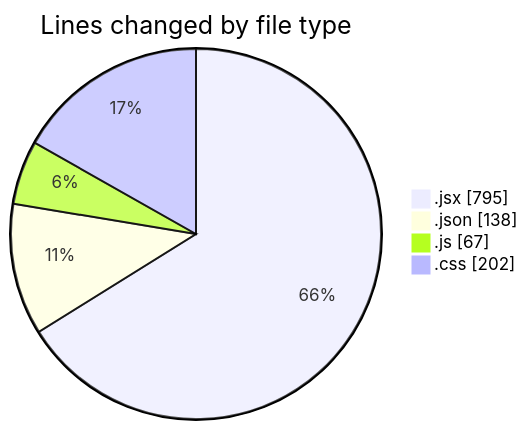
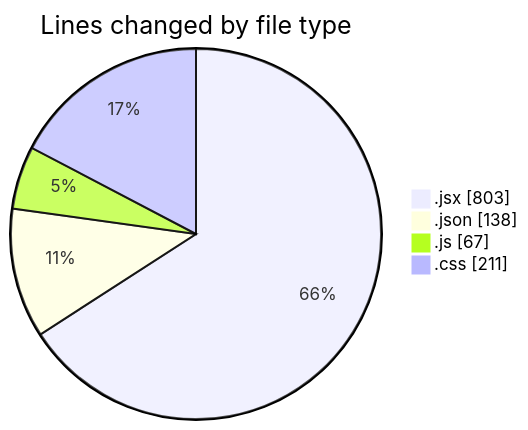
One commit to BS-eng2023/code-tracking changed the first of 2 diagrams in 2025-05-04/project/README.md. Above: the diagram before and after it, drawn with Mermaid. The commit also changed other lines of this file and 1 other file, not shown here.

````diff
--- a/2025-05-04/project/README.md
+++ b/2025-05-04/project/README.md
@@ -35,8 +35,8 @@
 ```mermaid
 pie showData
 title Lines changed by file type
-".jsx" : 795
+".jsx" : 803
 ".json" : 138
 ".js" : 67
-".css" : 202
+".css" : 211
 ```
````
